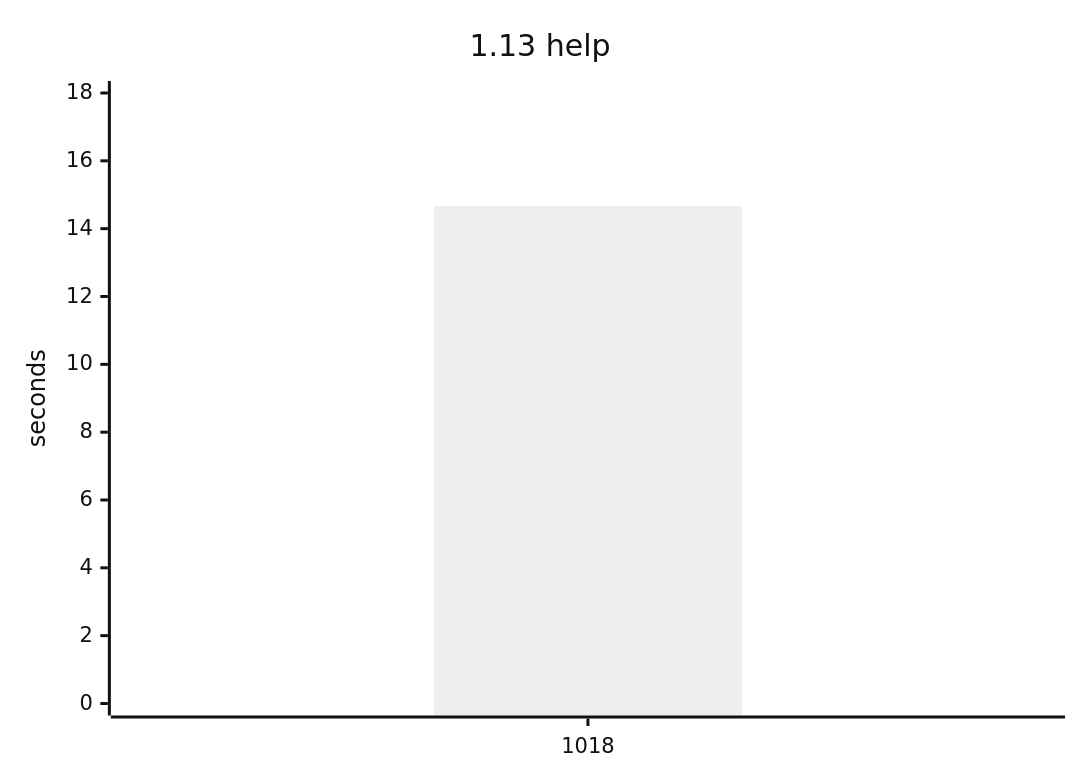
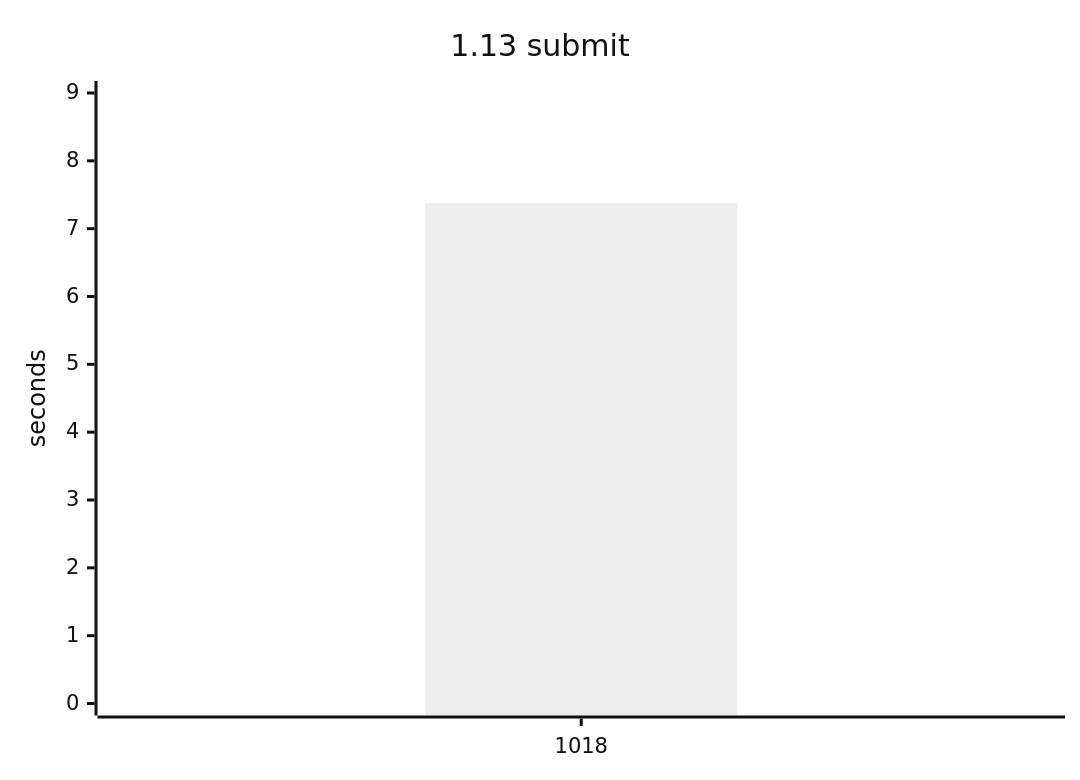
The third of 15 diagrams in README.md (yamanori99/DistSSHQueue.jl), drawn with Mermaid (neutral theme) before and after one commit. The commit also changed other lines of this file and 1 other file, not shown here.

````diff
--- a/README.md
+++ b/README.md
@@ -22,7 +71,7 @@
 ```mermaid
 xychart-beta
-    title "1.13 help"
+    title "1.13 submit"
     x-axis ["1018"]
-    y-axis "seconds" 0 --> 18
-    bar [14.66]
+    y-axis "seconds" 0 --> 9
+    bar [7.38]
 ```
````
